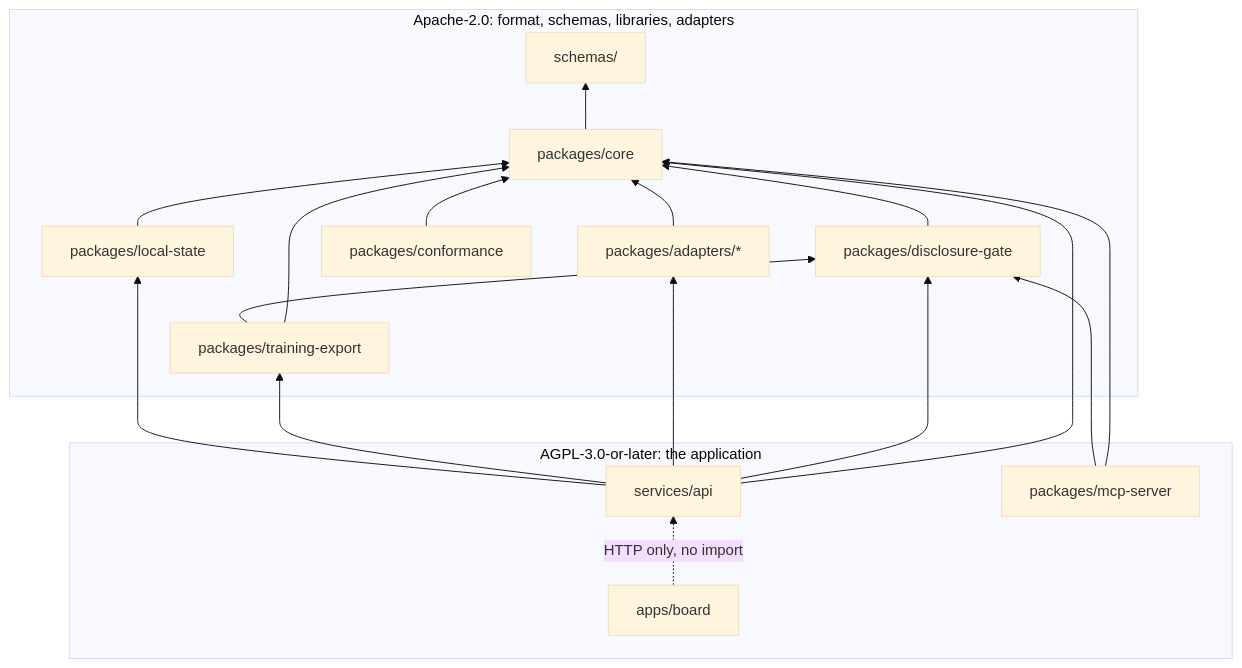
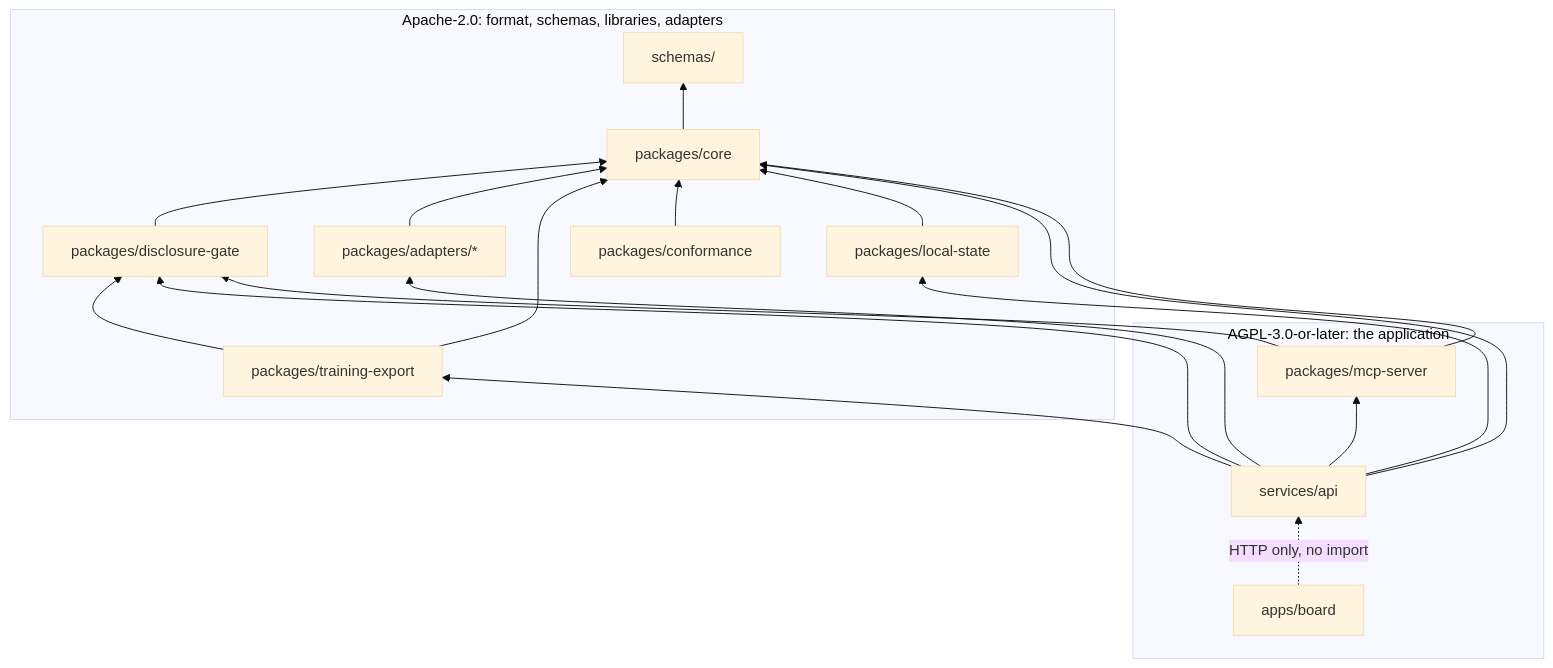
One commit to KarsaOrlong23/Worldbuilder changed the second of 2 diagrams in docs/architecture/05-building-blocks.md. Above: the diagram before and after it, drawn with Mermaid (base theme). The commit also changed other lines of this file and 5 other files, not shown here.

First line of the commit message:
docs(architecture): route local-state writes through the service and fix review nits

````diff
--- a/docs/architecture/05-building-blocks.md
+++ b/docs/architecture/05-building-blocks.md
@@ -115,32 +115,33 @@
 ```mermaid
 flowchart BT
   subgraph agpl [AGPL-3.0-or-later: the application]
     board[apps/board]
     api[services/api]
     mcp[packages/mcp-server]
   end
   subgraph apache [Apache-2.0: format, schemas, libraries, adapters]
     schemas[schemas/]
     core[packages/core]
     gate[packages/disclosure-gate]
     adapters[packages/adapters/*]
     export[packages/training-export]
     conf[packages/conformance]
     local[packages/local-state]
   end
   core --> schemas
   gate --> core
   adapters --> core
   export --> core
   export --> gate
   conf --> core
   local --> core
   api --> core
   api --> gate
   api --> adapters
   api --> export
   api --> local
+  api --> mcp
   mcp --> core
   mcp --> gate
   board -. "HTTP only, no import" .-> api
 ```
````
